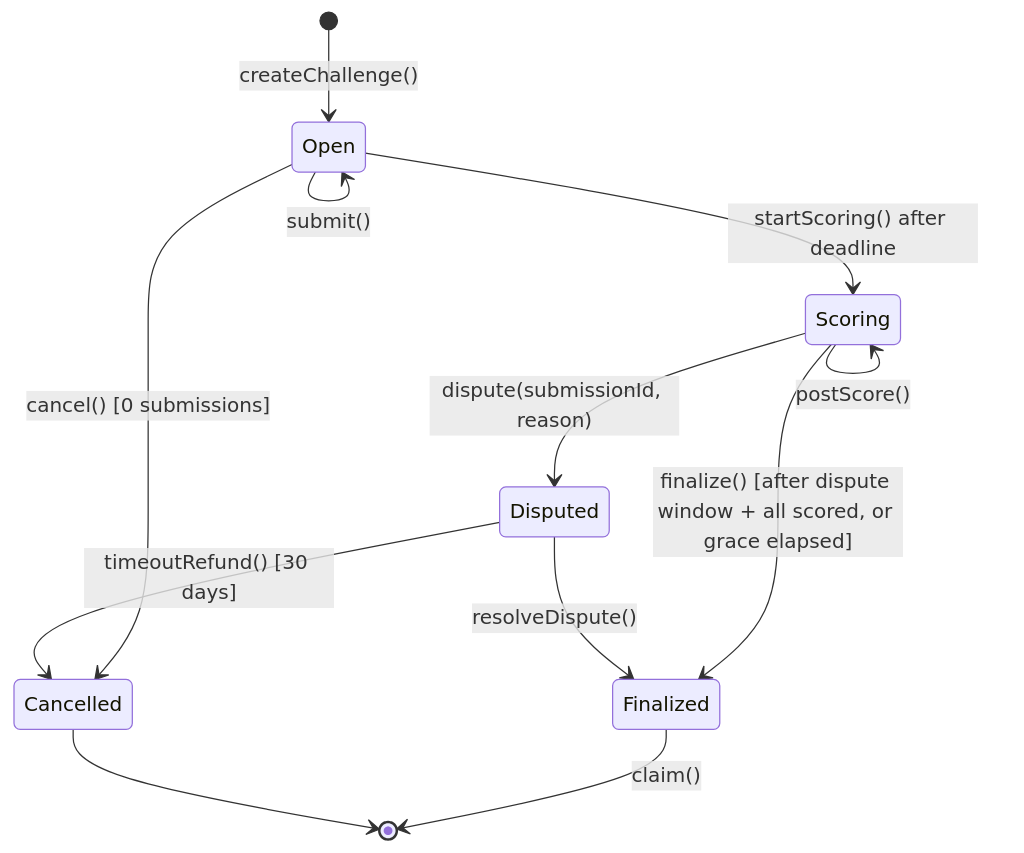
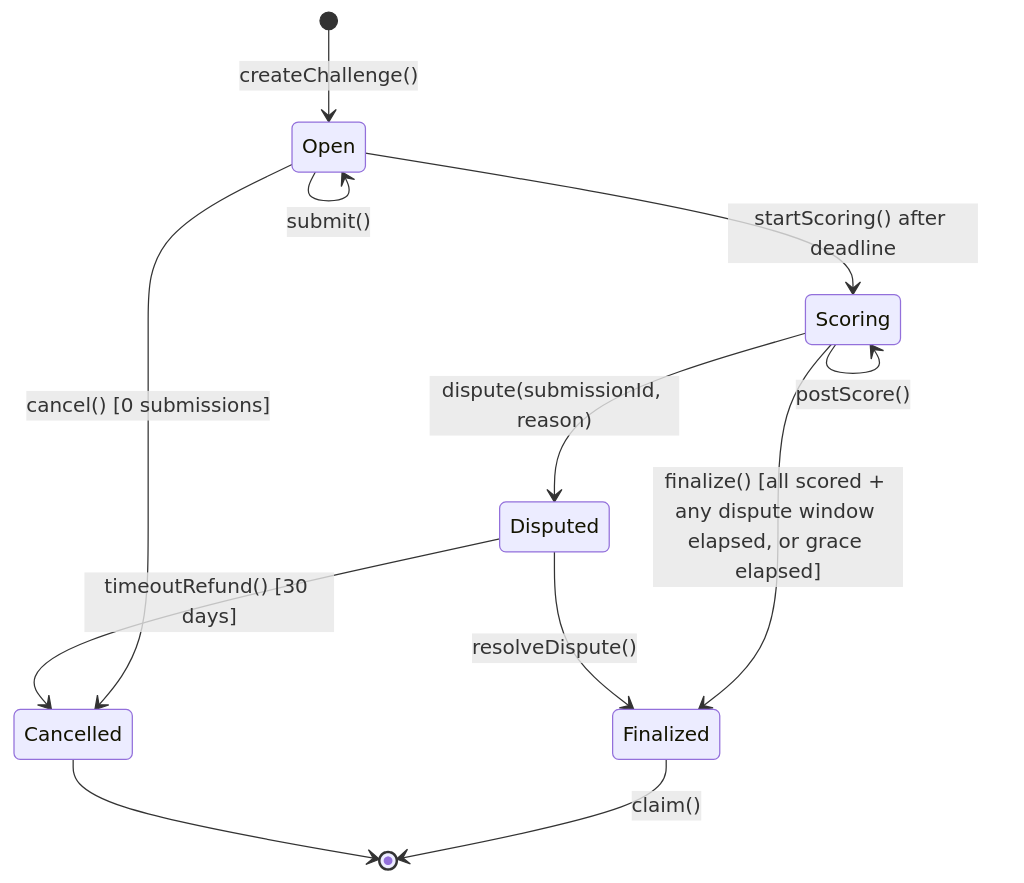
Before and after one commit to andymolecule/Hermes: the first of 3 diagrams in docs/protocol.md, drawn with Mermaid. The commit also changed other lines of this file and 23 other files, not shown here.

````diff
--- a/docs/protocol.md
+++ b/docs/protocol.md
@@ -61,14 +61,14 @@
 ```mermaid
 stateDiagram-v2
     [*] --> Open : createChallenge()
     Open --> Open : submit()
     Open --> Scoring : startScoring() after deadline
     Open --> Cancelled : cancel() [0 submissions]
     Scoring --> Scoring : postScore()
     Scoring --> Disputed : dispute(submissionId, reason)
-    Scoring --> Finalized : finalize() [after dispute window + all scored, or grace elapsed]
+    Scoring --> Finalized : finalize() [all scored + any dispute window elapsed, or grace elapsed]
     Disputed --> Finalized : resolveDispute()
     Disputed --> Cancelled : timeoutRefund() [30 days]
     Finalized --> [*] : claim()
     Cancelled --> [*]
 ```
````
